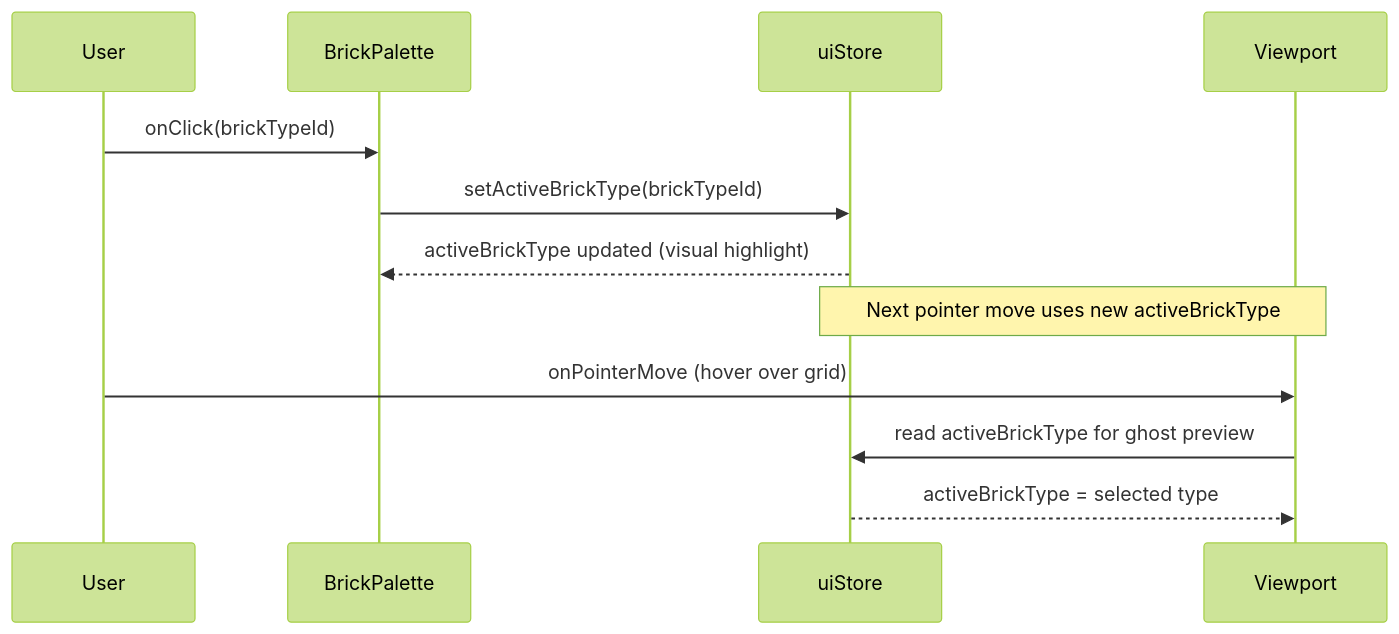
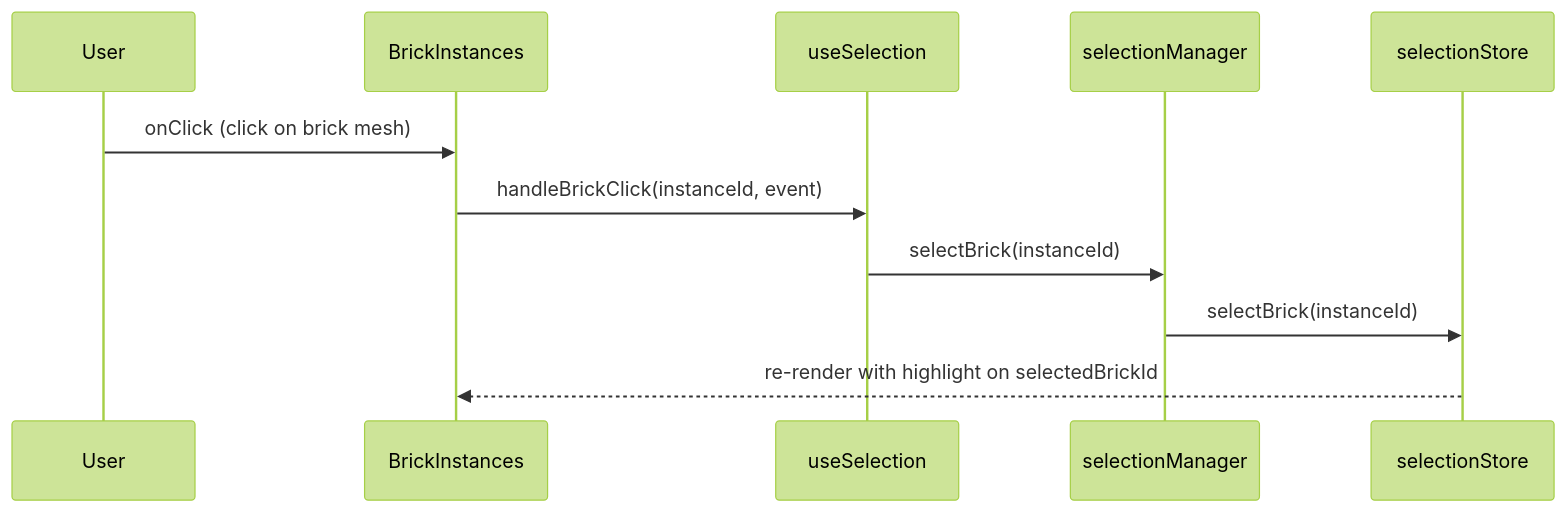
The second of 5 diagrams in docs/bugs/BUG-088/LOW_LEVEL_DESIGN.md (sreenivasmrpivot/legobuilder), drawn with Mermaid (forest theme) before and after one commit. The commit also changed other lines of this file, not shown here.

````diff
--- a/docs/bugs/BUG-088/LOW_LEVEL_DESIGN.md
+++ b/docs/bugs/BUG-088/LOW_LEVEL_DESIGN.md
@@ -568,15 +443,14 @@
 ```mermaid
 sequenceDiagram
     participant User
-    participant BrickPalette
-    participant uiStore
-    participant Viewport
+    participant BrickInstances
+    participant useSelection
+    participant selectionManager
+    participant selectionStore
 
-    User->>BrickPalette: onClick(brickTypeId)
-    BrickPalette->>uiStore: setActiveBrickType(brickTypeId)
-    uiStore-->>BrickPalette: activeBrickType updated (visual highlight)
-    Note over uiStore,Viewport: Next pointer move uses new activeBrickType
-    User->>Viewport: onPointerMove (hover over grid)
-    Viewport->>uiStore: read activeBrickType for ghost preview
-    uiStore-->>Viewport: activeBrickType = selected type
+    User->>BrickInstances: onClick (click on brick mesh)
+    BrickInstances->>useSelection: handleBrickClick(instanceId, event)
+    useSelection->>selectionManager: selectBrick(instanceId)
+    selectionManager->>selectionStore: selectBrick(instanceId)
+    selectionStore-->>BrickInstances: re-render with highlight on selectedBrickId
 ```
````
